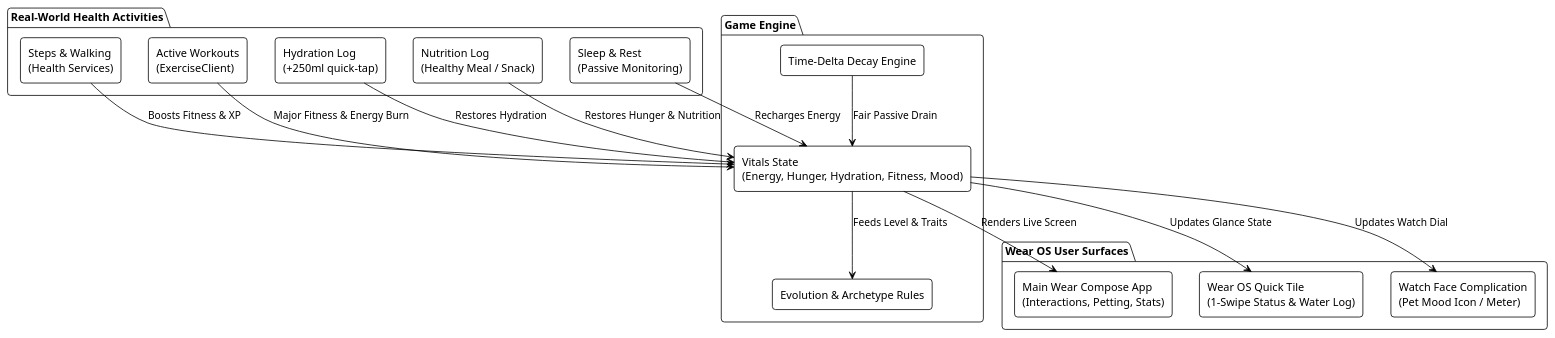
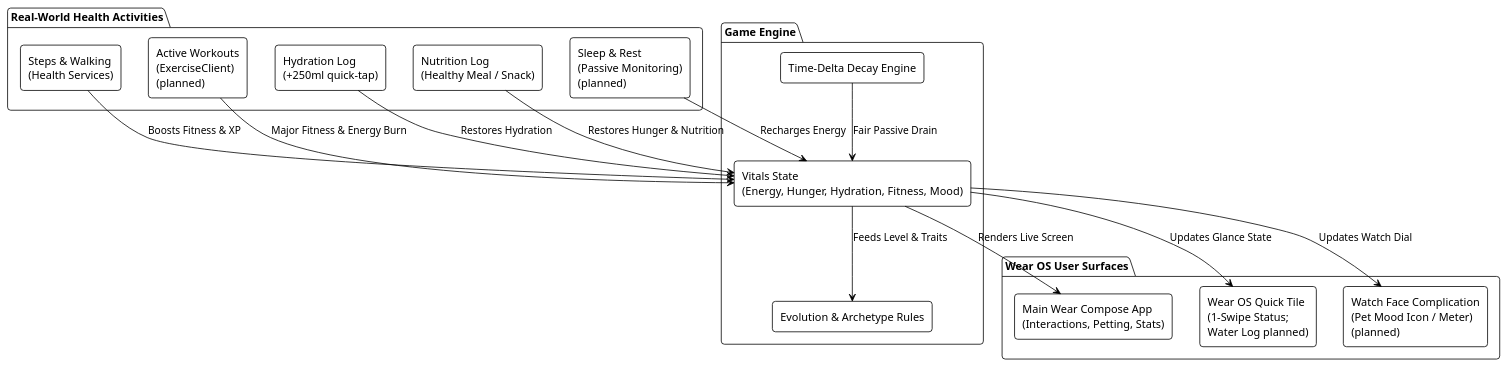
Before and after one commit to DunderGG/health-companion: the first of 6 diagrams in docs/ARCHITECTURE.md, drawn with PlantUML. The commit also changed other lines of this file and 1 other file, not shown here.

Commit message:
Review the existing architecture

````diff
--- a/docs/ARCHITECTURE.md
+++ b/docs/ARCHITECTURE.md
@@ -10,39 +12,39 @@
 ```plantuml
 @startuml System_Interaction_Flow
 !theme plain
 skinparam componentStyle rectangle
 skinparam roundCorner 8
 
 package "Real-World Health Activities" as RealWorld {
     [Steps & Walking\n(Health Services)] as Steps
-    [Active Workouts\n(ExerciseClient)] as Workouts
+    [Active Workouts\n(ExerciseClient)\n(planned)] as Workouts
     [Hydration Log\n(+250ml quick-tap)] as Water
     [Nutrition Log\n(Healthy Meal / Snack)] as Food
-    [Sleep & Rest\n(Passive Monitoring)] as Sleep
+    [Sleep & Rest\n(Passive Monitoring)\n(planned)] as Sleep
 }
 
 package "Game Engine" as PetEngine {
     [Time-Delta Decay Engine] as Decay
     [Vitals State\n(Energy, Hunger, Hydration, Fitness, Mood)] as Vitals
     [Evolution & Archetype Rules] as Evo
 }
 
 package "Wear OS User Surfaces" as WearSurfaces {
     [Main Wear Compose App\n(Interactions, Petting, Stats)] as MainApp
-    [Wear OS Quick Tile\n(1-Swipe Status & Water Log)] as Tile
-    [Watch Face Complication\n(Pet Mood Icon / Meter)] as Complication
+    [Wear OS Quick Tile\n(1-Swipe Status;\nWater Log planned)] as Tile
+    [Watch Face Complication\n(Pet Mood Icon / Meter)\n(planned)] as Complication
 }
 
 Steps --> Vitals : Boosts Fitness & XP
 Workouts --> Vitals : Major Fitness & Energy Burn
 Water --> Vitals : Restores Hydration
 Food --> Vitals : Restores Hunger & Nutrition
 Sleep --> Vitals : Recharges Energy
 Decay --> Vitals : Fair Passive Drain
 
 Vitals --> Evo : Feeds Level & Traits
 Vitals --> MainApp : Renders Live Screen
 Vitals --> Tile : Updates Glance State
 Vitals --> Complication : Updates Watch Dial
 @enduml
 ```
````
